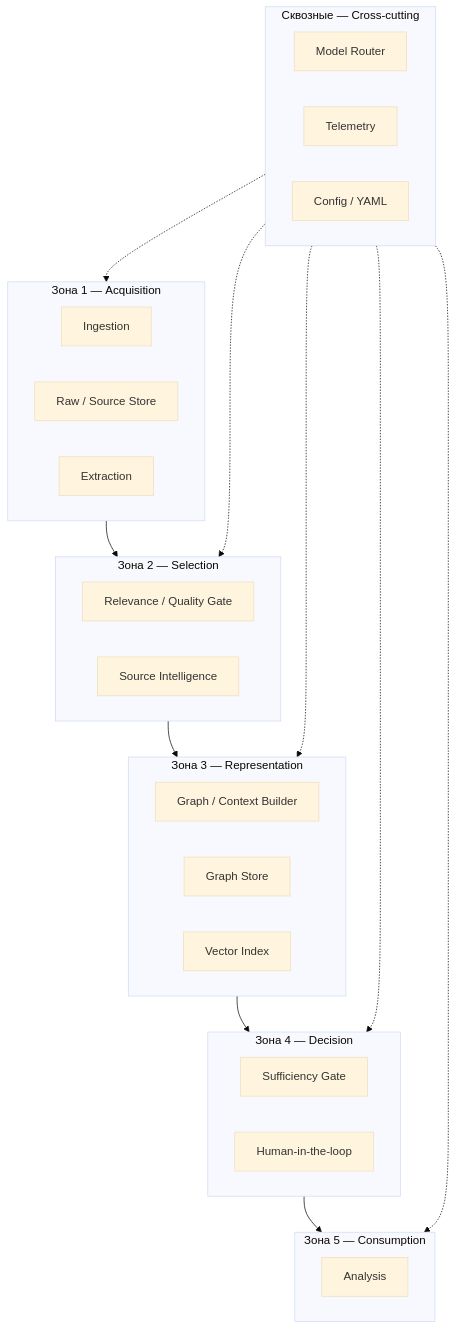
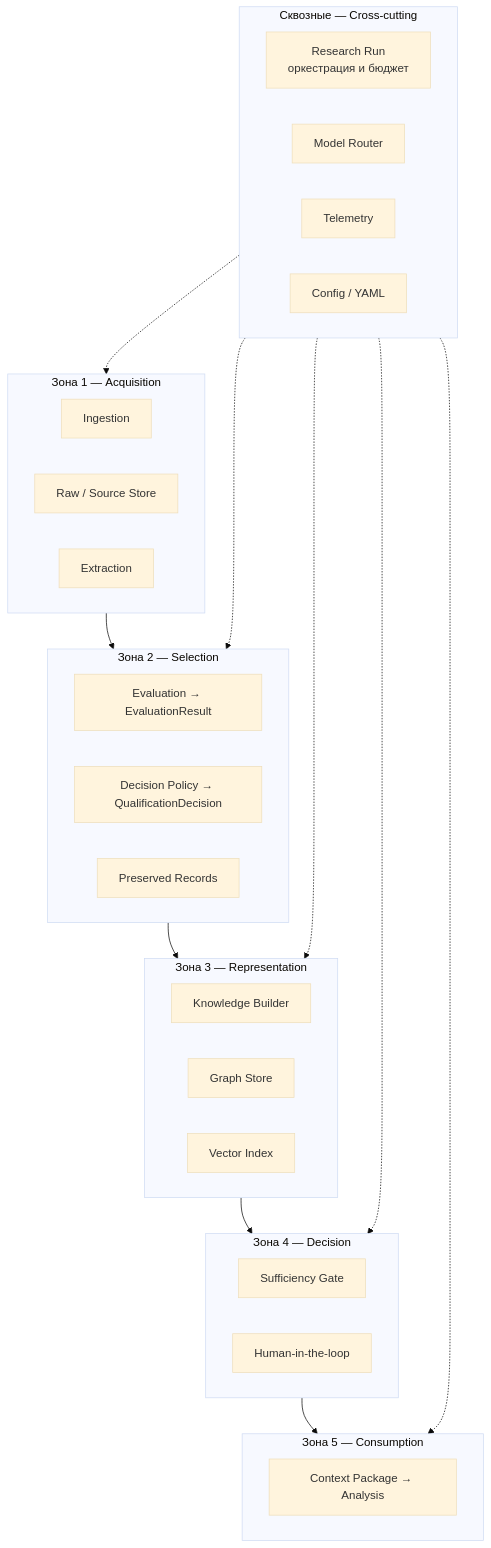
One commit to G-Ivan-A/aether-orbis changed the third of 8 diagrams in docs/architecture.md. Above: the diagram before and after it, drawn with Mermaid (base theme). The commit also changed other lines of this file and 3 other files, not shown here.

First line of the commit message:
docs: sync architecture.md and roadmap.md with Phase 1 implementation

````diff
--- a/docs/architecture.md
+++ b/docs/architecture.md
@@ -68,36 +86,38 @@
 ```mermaid
 graph TB
     subgraph Z1["Зона 1 — Acquisition"]
         A1[Ingestion]
         A2[Raw / Source Store]
         A3[Extraction]
     end
     subgraph Z2["Зона 2 — Selection"]
-        B1[Relevance / Quality Gate]
-        B2[Source Intelligence]
+        B1[Evaluation → EvaluationResult]
+        B2[Decision Policy → QualificationDecision]
+        B3[Preserved Records]
     end
     subgraph Z3["Зона 3 — Representation"]
-        C1[Graph / Context Builder]
+        C1[Knowledge Builder]
         C2[Graph Store]
         C3[Vector Index]
     end
     subgraph Z4["Зона 4 — Decision"]
         D1[Sufficiency Gate]
         D2[Human-in-the-loop]
     end
     subgraph Z5["Зона 5 — Consumption"]
-        E1[Analysis]
+        E1[Context Package → Analysis]
     end
     subgraph Z0["Сквозные — Cross-cutting"]
-        X1[Model Router]
-        X2[Telemetry]
-        X3[Config / YAML]
+        X1[Research Run<br/>оркестрация и бюджет]
+        X2[Model Router]
+        X3[Telemetry]
+        X4[Config / YAML]
     end
 
     Z1 --> Z2 --> Z3 --> Z4 --> Z5
     Z0 -.-> Z1
     Z0 -.-> Z2
     Z0 -.-> Z3
     Z0 -.-> Z4
     Z0 -.-> Z5
 ```
````
